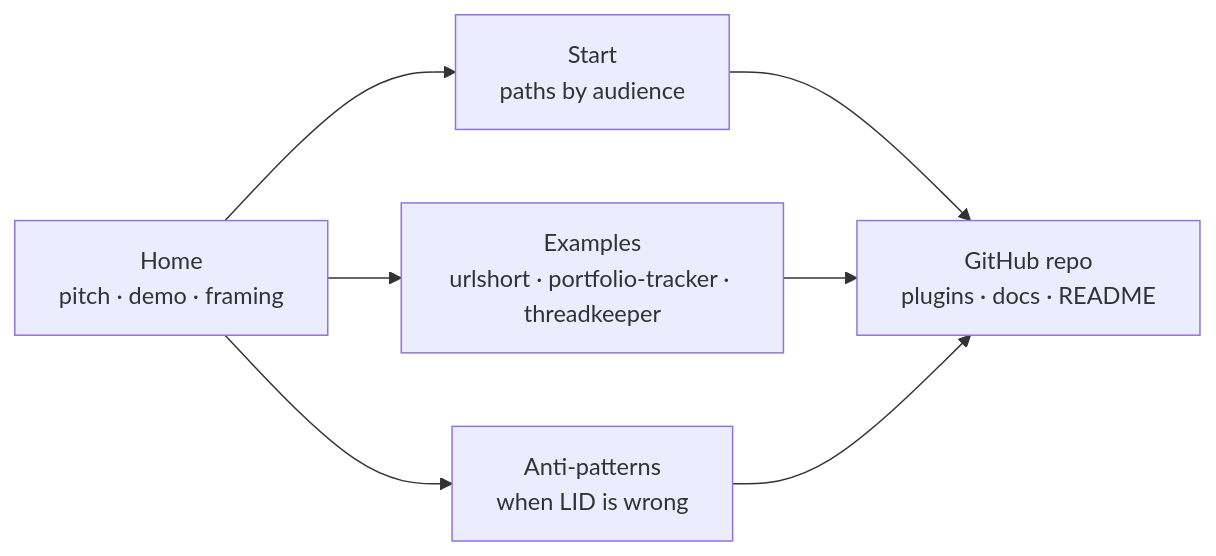
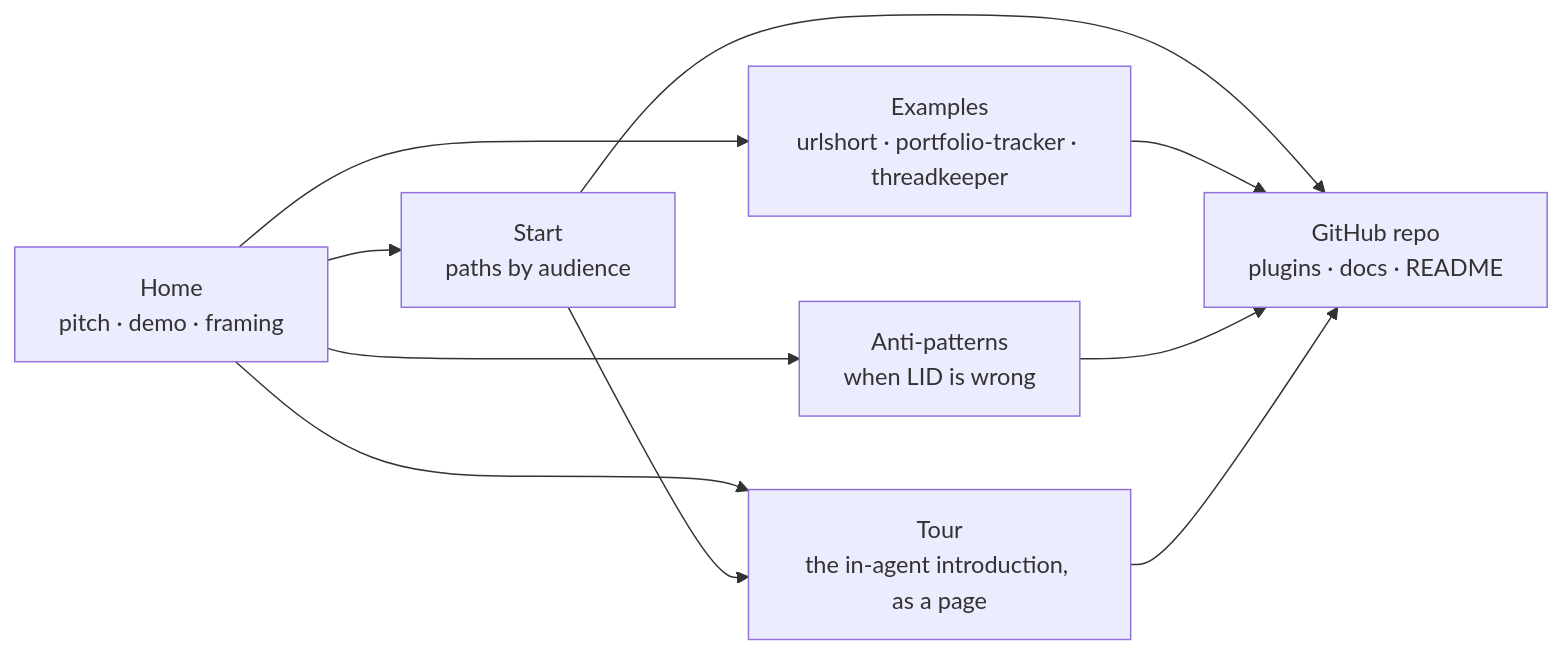
Before and after one commit to jszmajda/lid: the diagram in docs/intent/marketing-site/marketing-site-design.md, drawn with Mermaid. The commit also changed other lines of this file and 49 other files, not shown here.

````diff
--- a/docs/intent/marketing-site/marketing-site-design.md
+++ b/docs/intent/marketing-site/marketing-site-design.md
@@ -95,9 +95,12 @@
 ```mermaid
 graph LR
   Home[Home<br/>pitch · demo · framing] --> Start[Start<br/>paths by audience]
   Home --> Examples[Examples<br/>urlshort · portfolio-tracker · threadkeeper]
   Home --> AntiPatterns[Anti-patterns<br/>when LID is wrong]
+  Home --> Tour[Tour<br/>the in-agent introduction, as a page]
+  Start --> Tour
   Start --> Repo[GitHub repo<br/>plugins · docs · README]
   Examples --> Repo
   AntiPatterns --> Repo
+  Tour --> Repo
 ```
````
